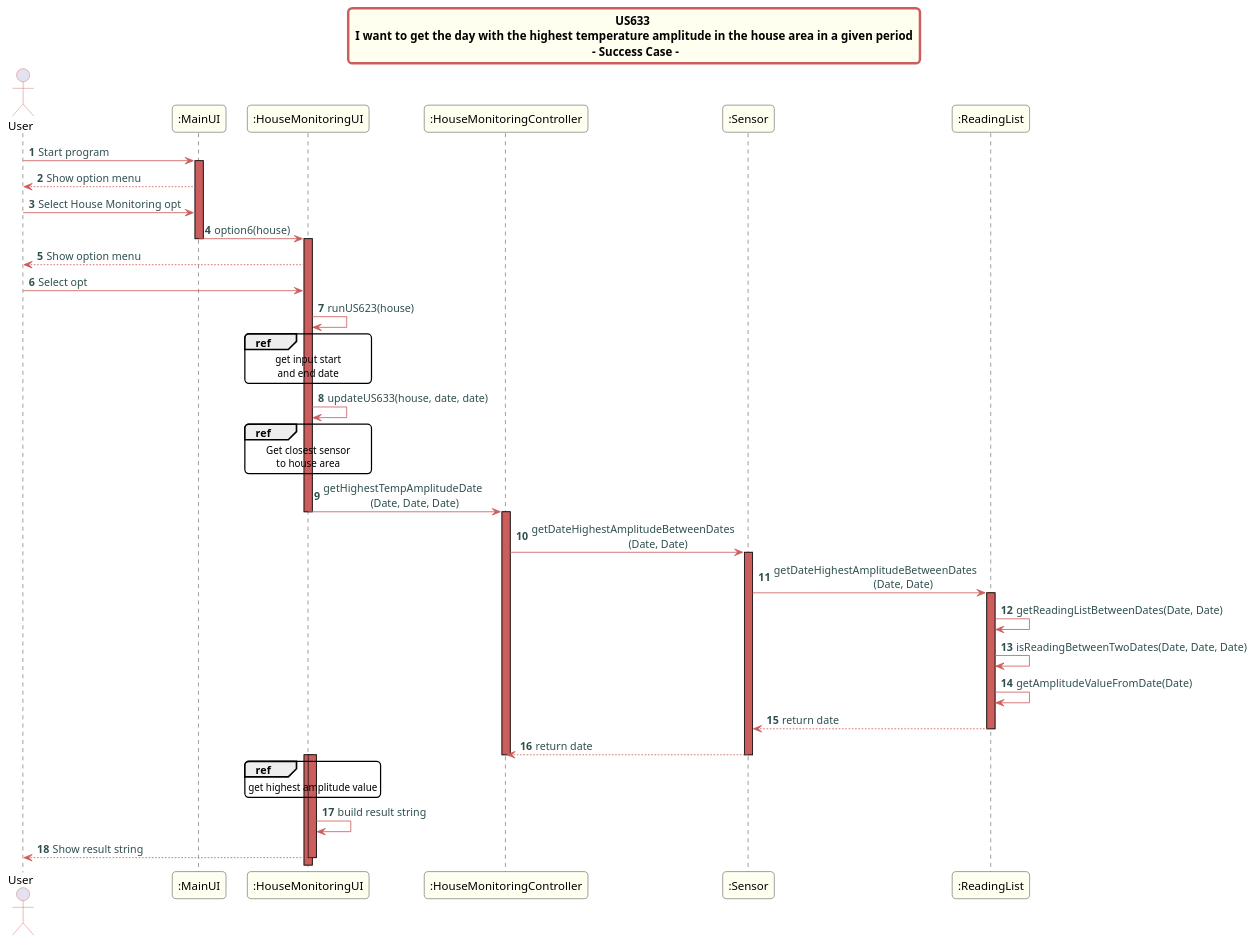
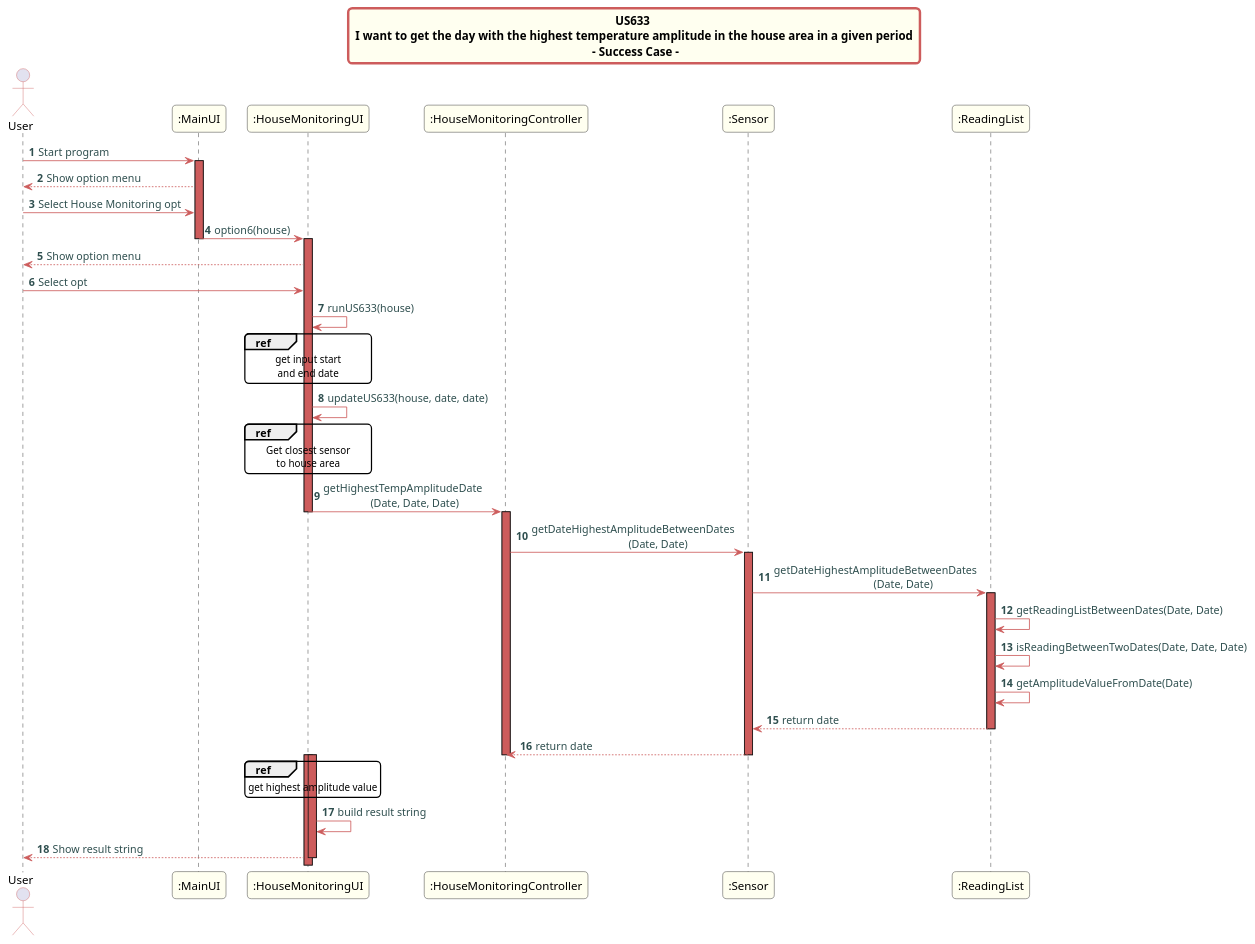
Before and after one commit to Almadanmp/project: the diagram in src/doc/Controllers/HouseMonitoring/US633/US633_sd_HouseMonitoring.puml, drawn with PlantUML.

Commit message:
REF #161 updates class diagram

```diff
--- a/src/doc/Controllers/HouseMonitoring/US633/US633_sd_HouseMonitoring.puml
+++ b/src/doc/Controllers/HouseMonitoring/US633/US633_sd_HouseMonitoring.puml
@@ -1,90 +1,90 @@
 @startuml
 skinparam titleBorderRoundCorner 10
 skinparam titleBorderThickness 3
 skinparam titleBorderColor indianred
 skinparam titleBackgroundColor ivory
 skinparam FontName quicksand
 
 skinparam actor {
   BorderColor indianred
   }
 
 skinparam sequence {
   LifeLineBackgroundColor indianred
   ParticipantBackgroundColor ivory
 }
 
 skinparam roundcorner 10
 
 skinparam component {
   arrowThickness 1
   ArrowFontName Verdana
   ArrowColor indianred
   ArrowFontColor darkslategrey
 }
 
 title US633 \n I want to get the day with the highest temperature amplitude in the house area in a given period \n - Success Case -
 
 autonumber
 
 actor User
 
 User -> ":MainUI": Start program
 activate ":MainUI"
 
 ":MainUI" --> User: Show option menu
 User-> ":MainUI": Select House Monitoring opt
 ":MainUI" -> ":HouseMonitoringUI": option6(house)
 deactivate ":MainUI"
 activate ":HouseMonitoringUI"
 ":HouseMonitoringUI" --> User: Show option menu
 User -> ":HouseMonitoringUI": Select opt
-":HouseMonitoringUI" -> ":HouseMonitoringUI": runUS623(house)
+":HouseMonitoringUI" -> ":HouseMonitoringUI": runUS633(house)
 
 ref over ":HouseMonitoringUI"
 get input start
 and end date
 end ref
 
 ":HouseMonitoringUI" -> ":HouseMonitoringUI": updateUS633(house, date, date)
 ref over ":HouseMonitoringUI"
 Get closest sensor
 to house area
 end ref
 
 ":HouseMonitoringUI" -> ":HouseMonitoringController": getHighestTempAmplitudeDate\n                 (Date, Date, Date)
 deactivate ":HouseMonitoringUI"
 activate ":HouseMonitoringController"
 ":HouseMonitoringController" -> ":Sensor": getDateHighestAmplitudeBetweenDates\n                                   (Date, Date)
 
 activate ":Sensor"
 
 ":Sensor" -> ":ReadingList": getDateHighestAmplitudeBetweenDates\n                                    (Date, Date)
 activate ":ReadingList"
 
 ":ReadingList"->":ReadingList": getReadingListBetweenDates(Date, Date)
 ":ReadingList"->":ReadingList": isReadingBetweenTwoDates(Date, Date, Date)
 ":ReadingList"->":ReadingList": getAmplitudeValueFromDate(Date)
 ":ReadingList" --> ":Sensor": return date
 deactivate ":ReadingList"
 ":Sensor" --> ":HouseMonitoringController": return date
 deactivate ":Sensor"
 deactivate ":HouseMonitoringController"
 activate ":HouseMonitoringUI"
 
 ref over ":HouseMonitoringUI"
 get highest amplitude value
 end ref
 
 deactivate ":HouseMonitoringController"
 activate ":HouseMonitoringUI"
 
 ":HouseMonitoringUI" -> ":HouseMonitoringUI": build result string
 
 ":HouseMonitoringUI" --> User: Show result string
 deactivate ":HouseMonitoringUI"
 
 deactivate ":MainUI"
 
 
 @enduml
```
